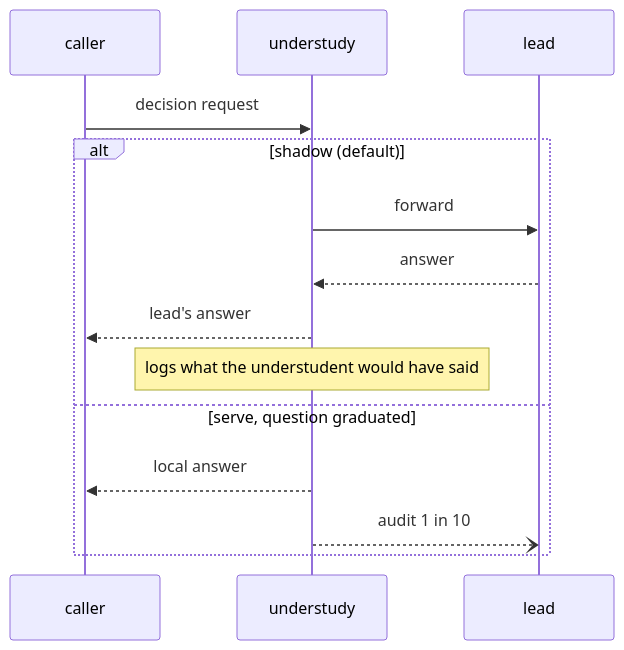
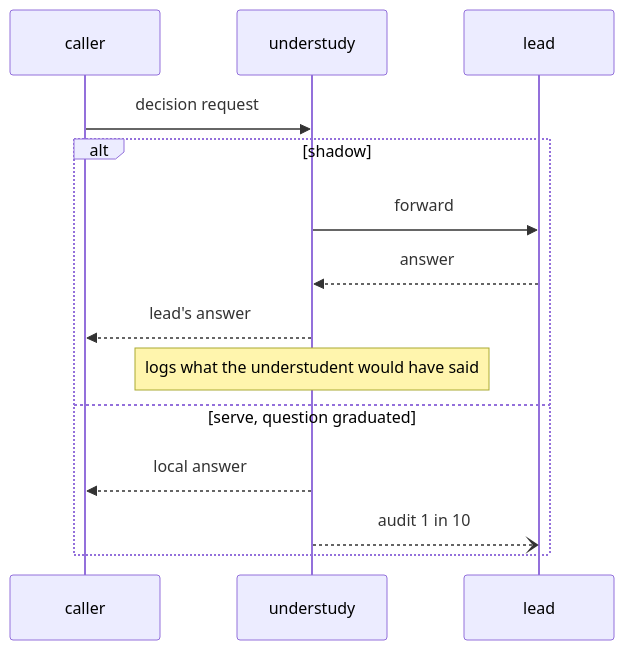
One commit to Endgame-Labs/understudy changed the second of 9 diagrams in docs/diagrams.md. Above: the diagram before and after it, drawn with Mermaid. The commit also changed other lines of this file and 15 other files, not shown here.

````diff
--- a/docs/diagrams.md
+++ b/docs/diagrams.md
@@ -24,16 +24,16 @@
 ```mermaid
 sequenceDiagram
     participant C as caller
     participant U as understudy
     participant L as lead
     C->>U: decision request
-    alt shadow (default)
+    alt shadow
         U->>L: forward
         L-->>U: answer
         U-->>C: lead's answer
         Note over U: logs what the understudent would have said
     else serve, question graduated
         U-->>C: local answer
         U--)L: audit 1 in 10
     end
 ```
````
